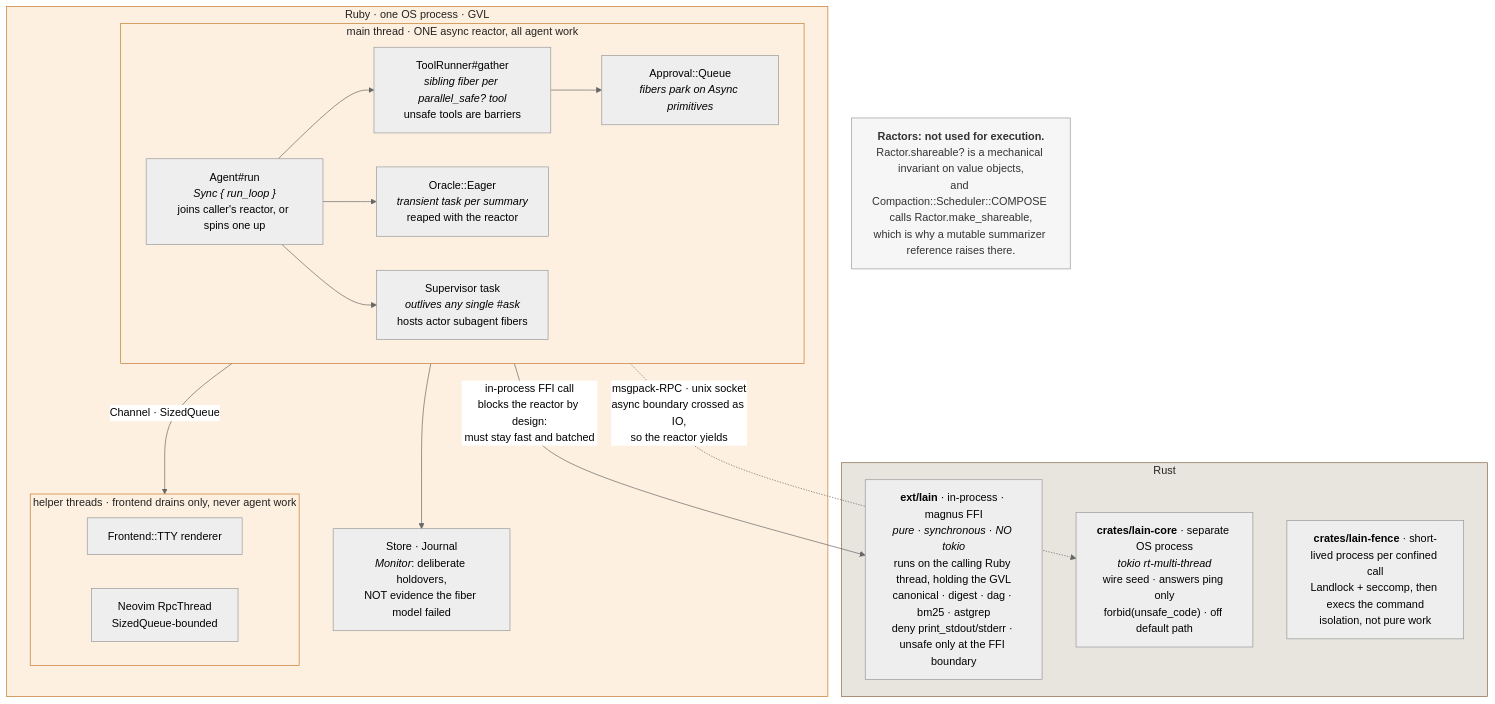
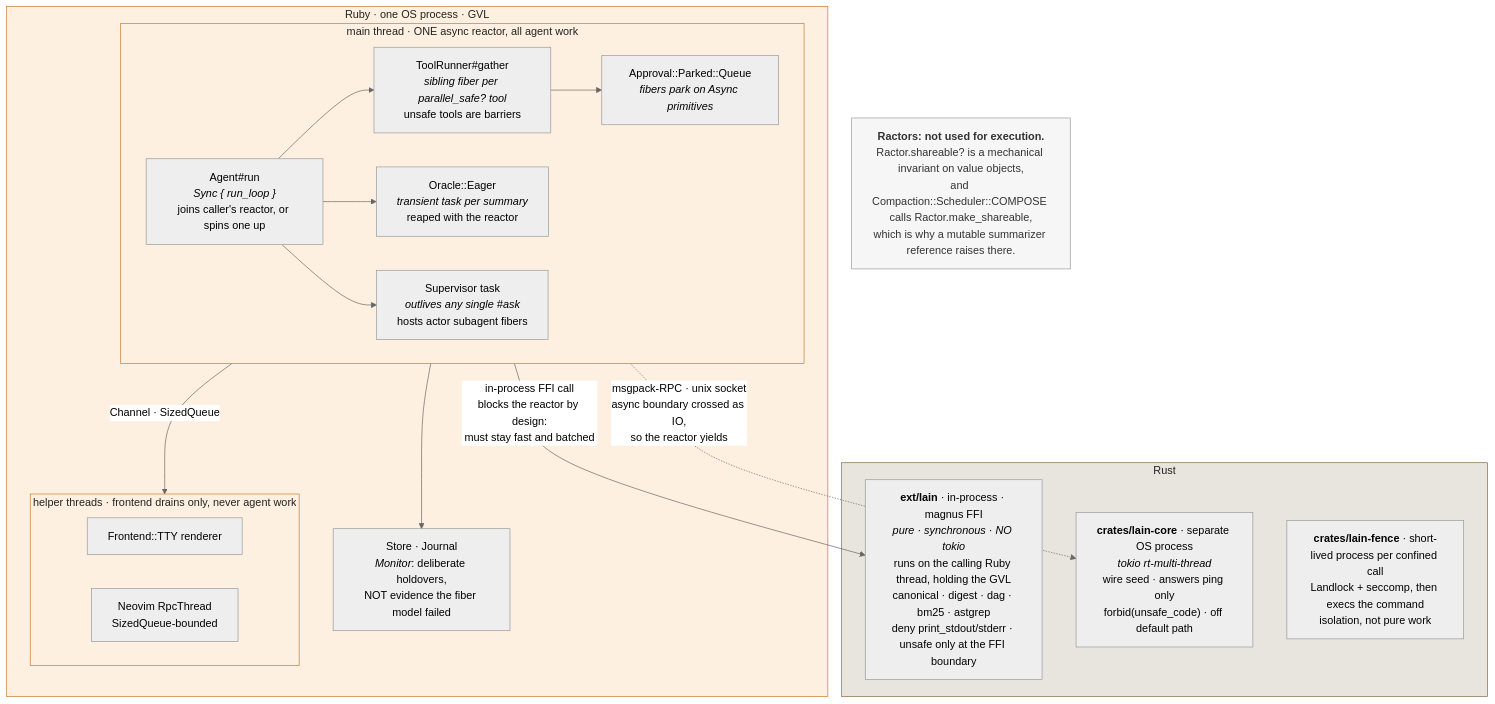
The second of 6 diagrams in ARCHITECTURE.md (liaden/lain), drawn with Mermaid (neutral theme) before and after one commit. The commit also changed other lines of this file and 160 other files, not shown here.

First line of the commit message:
approval: split the gates from the parked asks

````diff
--- a/ARCHITECTURE.md
+++ b/ARCHITECTURE.md
@@ -72,40 +72,40 @@
 ```mermaid
 flowchart TB
   subgraph RUBY["Ruby · one OS process · GVL"]
     subgraph REACTOR["main thread · ONE async reactor, all agent work"]
       LOOP["Agent#run<br/><i>Sync { run_loop }</i><br/>joins caller's reactor, or spins one up"]
       GATHER["ToolRunner#gather<br/><i>sibling fiber per parallel_safe? tool</i><br/>unsafe tools are barriers"]
       SUP["Supervisor task<br/><i>outlives any single #ask</i><br/>hosts actor subagent fibers"]
       EAGER["Oracle::Eager<br/><i>transient task per summary</i><br/>reaped with the reactor"]
-      APPR["Approval::Queue<br/><i>fibers park on Async primitives</i>"]
+      APPR["Approval::Parked::Queue<br/><i>fibers park on Async primitives</i>"]
     end
     subgraph THREADS["helper threads · frontend drains only, never agent work"]
       TTYT["Frontend::TTY renderer"]
       NVIMT["Neovim RpcThread<br/>SizedQueue-bounded"]
     end
     LOCKS["Store · Journal<br/><i>Monitor</i>: deliberate holdovers,<br/>NOT evidence the fiber model failed"]
   end
 
   subgraph RUST["Rust"]
     EXT["<b>ext/lain</b> · in-process · magnus FFI<br/><i>pure · synchronous · NO tokio</i><br/>runs on the calling Ruby thread, holding the GVL<br/>canonical · digest · dag · bm25 · astgrep<br/>deny print_stdout/stderr · unsafe only at the FFI boundary"]
     CORE["<b>crates/lain-core</b> · separate OS process<br/><i>tokio rt-multi-thread</i><br/>wire seed · answers ping only<br/>forbid(unsafe_code) · off default path"]
     FENCE["<b>crates/lain-fence</b> · short-lived process per confined call<br/>Landlock + seccomp, then execs the command<br/>isolation, not pure work"]
   end
 
   LOOP --> GATHER --> APPR
   LOOP --> EAGER
   LOOP --> SUP
   REACTOR -->|"in-process FFI call<br/>blocks the reactor by design:<br/>must stay fast and batched"| EXT
   REACTOR -.->|"msgpack-RPC · unix socket<br/>async boundary crossed as IO,<br/>so the reactor yields"| CORE
   REACTOR --> LOCKS
   REACTOR -->|"Channel · SizedQueue"| THREADS
 
   RACTOR["<b>Ractors: not used for execution.</b><br/>Ractor.shareable? is a mechanical invariant on value objects,<br/>and Compaction::Scheduler::COMPOSE calls Ractor.make_shareable,<br/>which is why a mutable summarizer reference raises there."]
 
   classDef ruby fill:#fdf0e0,stroke:#c47a2c,color:#222
   classDef rust fill:#e8e4de,stroke:#8a6544,color:#222
   classDef note fill:#f6f6f6,stroke:#999,color:#333
   class RUBY,REACTOR,THREADS ruby
   class RUST rust
   class RACTOR note
 ```
````
